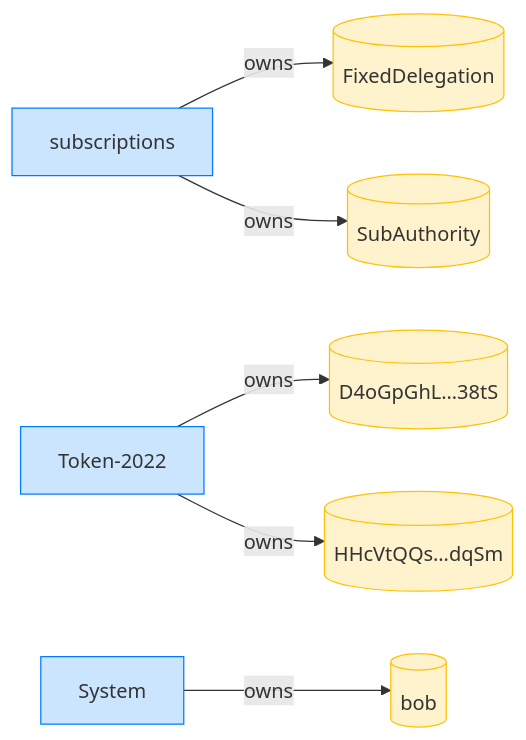
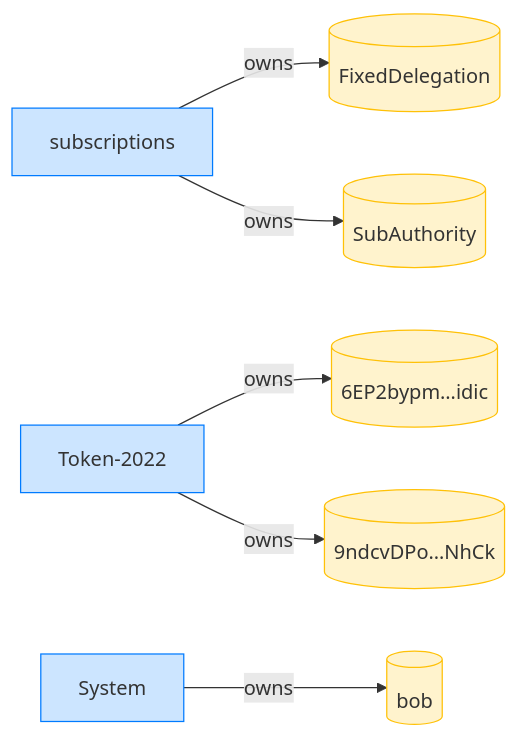
Diagram 12 of 12 in dsl_tests/fixed-transfer-over-a-token-2022-transfer-fee-mint.md (cds-rs/subscriptions), drawn with Mermaid before and after one commit. The commit also changed other lines of this file and 224 other files, not shown here.

````diff
--- a/dsl_tests/fixed-transfer-over-a-token-2022-transfer-fee-mint.md
+++ b/dsl_tests/fixed-transfer-over-a-token-2022-transfer-fee-mint.md
@@ -230,18 +244,18 @@
 ```mermaid
 flowchart LR
     classDef owner fill:#cce5ff,stroke:#007bff;
     classDef account fill:#fff3cd,stroke:#ffc107;
     subscriptions[subscriptions]:::owner
     FixedDelegation[(FixedDelegation)]:::account
     SubAuthority[(SubAuthority)]:::account
     Token_2022["Token-2022"]:::owner
-    D4oGpGhL_38tS[("D4oGpGhL…38tS")]:::account
-    HHcVtQQs_dqSm[("HHcVtQQs…dqSm")]:::account
+    6EP2bypm_idic[("6EP2bypm…idic")]:::account
+    9ndcvDPo_NhCk[("9ndcvDPo…NhCk")]:::account
     System[System]:::owner
     bob[(bob)]:::account
     subscriptions -->|owns| FixedDelegation
     subscriptions -->|owns| SubAuthority
-    Token_2022 -->|owns| D4oGpGhL_38tS
-    Token_2022 -->|owns| HHcVtQQs_dqSm
+    Token_2022 -->|owns| 6EP2bypm_idic
+    Token_2022 -->|owns| 9ndcvDPo_NhCk
     System -->|owns| bob
 ```
````
